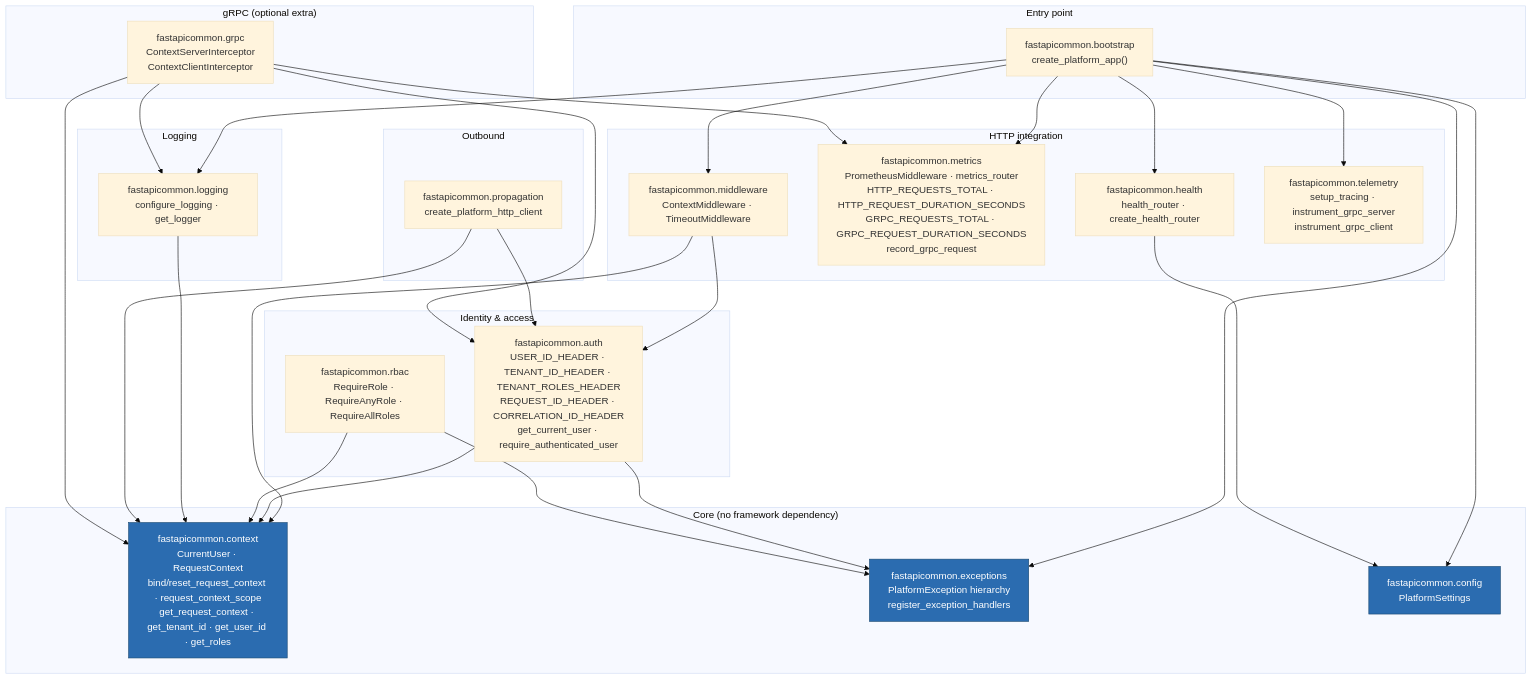
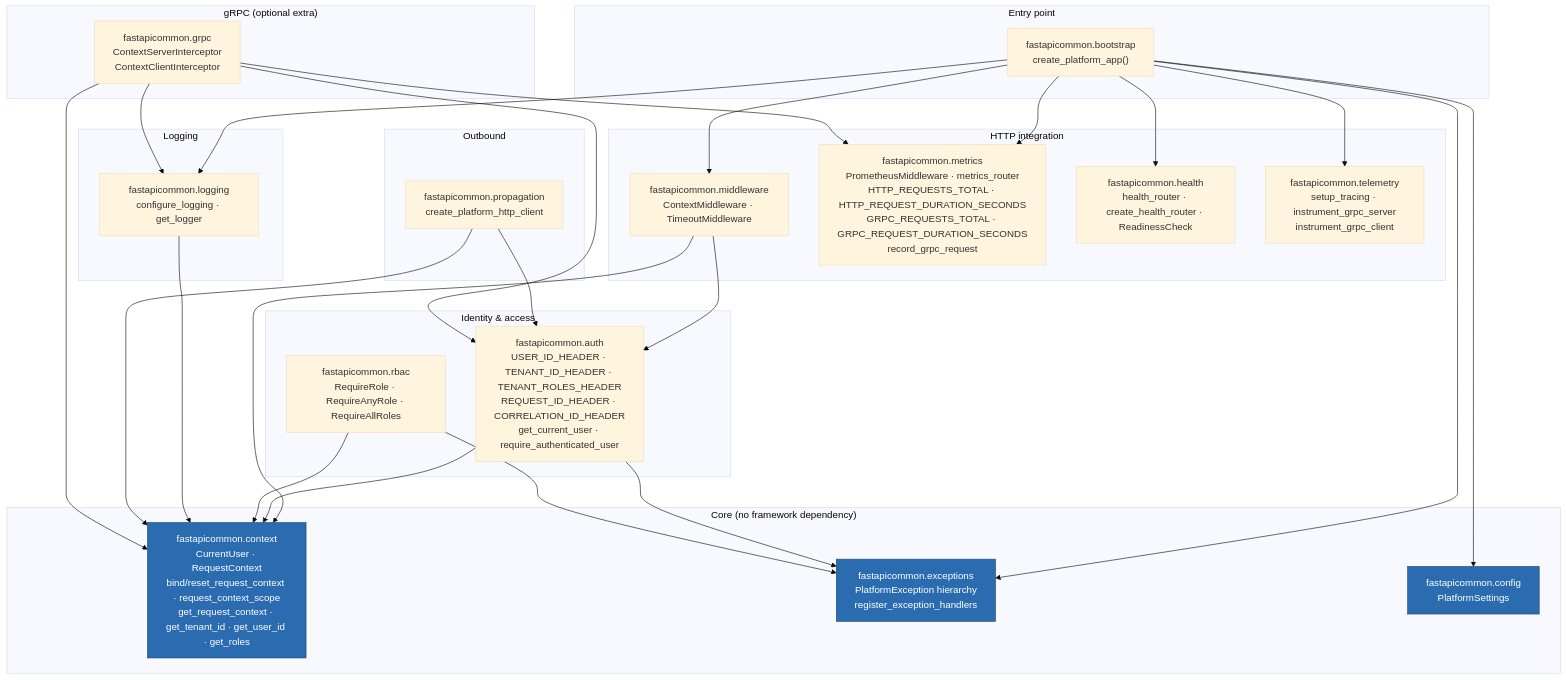
The diagram in docs/architecture/mermaid/module-dependencies.mmd (BCBP-SOLUTIONS-FZC-LLC/platform-fastapicommon), drawn with Mermaid (base theme) before and after one commit. The commit also changed 31 other files, not shown here.

```diff
--- a/docs/architecture/mermaid/module-dependencies.mmd
+++ b/docs/architecture/mermaid/module-dependencies.mmd
@@ -1,60 +1,59 @@
 graph TD
     subgraph pub["Entry point"]
         bootstrap["fastapicommon.bootstrap\ncreate_platform_app()"]
     end
 
     subgraph http["HTTP integration"]
         middleware["fastapicommon.middleware\nContextMiddleware · TimeoutMiddleware"]
         metrics["fastapicommon.metrics\nPrometheusMiddleware · metrics_router\nHTTP_REQUESTS_TOTAL · HTTP_REQUEST_DURATION_SECONDS\nGRPC_REQUESTS_TOTAL · GRPC_REQUEST_DURATION_SECONDS\nrecord_grpc_request"]
-        health["fastapicommon.health\nhealth_router · create_health_router"]
+        health["fastapicommon.health\nhealth_router · create_health_router · ReadinessCheck"]
         telemetry["fastapicommon.telemetry\nsetup_tracing · instrument_grpc_server\ninstrument_grpc_client"]
     end
 
     subgraph identity["Identity & access"]
         auth["fastapicommon.auth\nUSER_ID_HEADER · TENANT_ID_HEADER · TENANT_ROLES_HEADER\nREQUEST_ID_HEADER · CORRELATION_ID_HEADER\nget_current_user · require_authenticated_user"]
         rbac["fastapicommon.rbac\nRequireRole · RequireAnyRole · RequireAllRoles"]
     end
 
     subgraph core["Core (no framework dependency)"]
         context["fastapicommon.context\nCurrentUser · RequestContext\nbind/reset_request_context · request_context_scope\nget_request_context · get_tenant_id · get_user_id · get_roles"]
         exceptions["fastapicommon.exceptions\nPlatformException hierarchy\nregister_exception_handlers"]
         config["fastapicommon.config\nPlatformSettings"]
     end
 
     subgraph outbound["Outbound"]
         propagation["fastapicommon.propagation\ncreate_platform_http_client"]
     end
 
     subgraph grpcmod["gRPC (optional extra)"]
         grpc["fastapicommon.grpc\nContextServerInterceptor\nContextClientInterceptor"]
     end
 
     subgraph logmod["Logging"]
         logging["fastapicommon.logging\nconfigure_logging · get_logger"]
     end
 
     bootstrap --> config
     bootstrap --> middleware
     bootstrap --> metrics
     bootstrap --> health
     bootstrap --> telemetry
     bootstrap --> exceptions
     bootstrap --> logging
 
     middleware --> context
     middleware --> auth
     auth --> context
     auth --> exceptions
     rbac --> context
     rbac --> exceptions
     logging --> context
     propagation --> context
     propagation --> auth
     grpc --> context
     grpc --> auth
     grpc --> logging
     grpc --> metrics
-    health --> config
 
     classDef core fill:#2b6cb0,color:#fff,stroke:#1a4971
     class context,exceptions,config core
```
